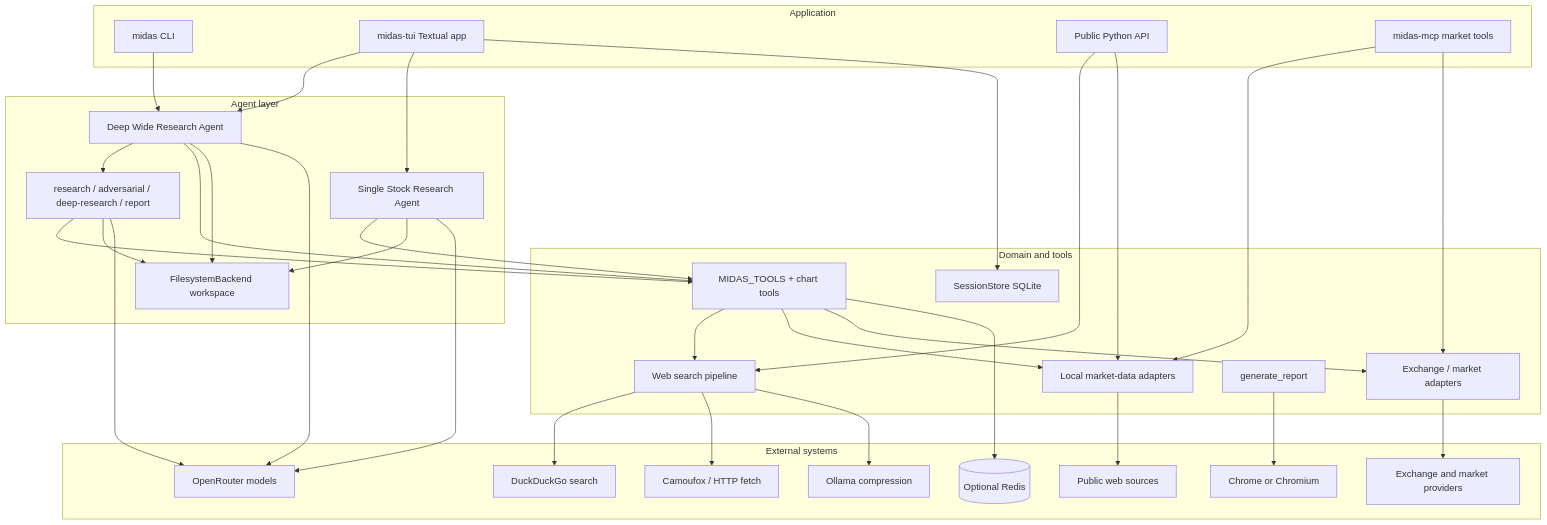
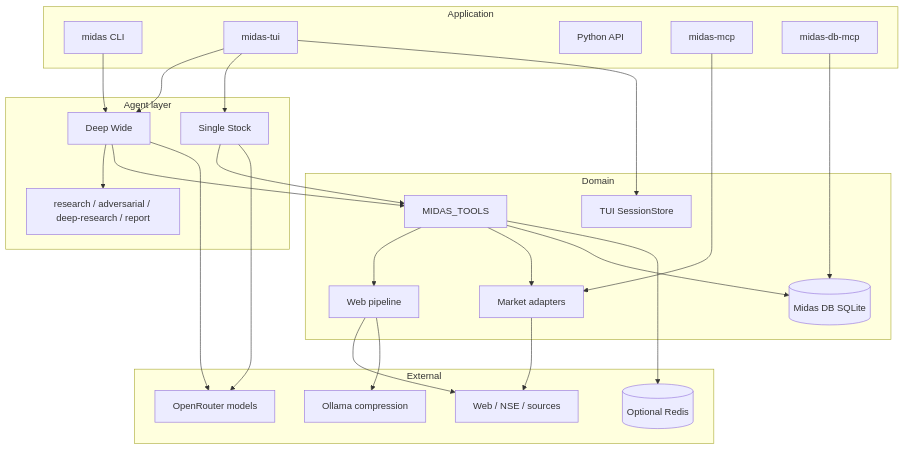
Before and after one commit to aneeshpatne/Midas: the second of 2 diagrams in README.md, drawn with Mermaid. The commit also changed other lines of this file, not shown here.

Commit message:
docs: enhance README with durable research output details and clarify agent roles

````diff
--- a/README.md
+++ b/README.md
@@ -99,65 +104,50 @@
 ```mermaid
 flowchart TB
-  subgraph presentation [Application]
+  subgraph apps [Application]
     CLI[midas CLI]
-    TUI[midas-tui Textual app]
-    LIB[Public Python API]
-    MCP[midas-mcp market tools]
+    TUI[midas-tui]
+    LIB[Python API]
+    MCPM[midas-mcp]
+    MCPD[midas-db-mcp]
   end
 
   subgraph agents [Agent layer]
-    LEAD[Deep Wide Research Agent]
-    STOCK[Single Stock Research Agent]
+    LEAD[Deep Wide]
+    STOCK[Single Stock]
     SUB[research / adversarial / deep-research / report]
-    FS[FilesystemBackend workspace]
   end
 
-  subgraph domain [Domain and tools]
-    TOOLS[MIDAS_TOOLS + chart tools]
-    PIPE[Web search pipeline]
-    MDA[Local market-data adapters]
-    MD[Exchange / market adapters]
-    REP[generate_report]
-    SESS[SessionStore SQLite]
+  subgraph core [Domain]
+    TOOLS[MIDAS_TOOLS]
+    DB[(Midas DB SQLite)]
+    PIPE[Web pipeline]
+    MKT[Market adapters]
+    SESS[TUI SessionStore]
   end
 
-  subgraph external [External systems]
-    DDGS[DuckDuckGo search]
-    CAM[Camoufox / HTTP fetch]
+  subgraph external [External]
+    OR[OpenRouter models]
     OLL[Ollama compression]
-    DS[OpenRouter models]
-    EXCH[Exchange and market providers]
-    WEB[Public web sources]
+    WEB[Web / NSE / sources]
     REDIS[(Optional Redis)]
-    CHROME[Chrome or Chromium]
   end
 
   CLI --> LEAD
   TUI --> LEAD
   TUI --> STOCK
   TUI --> SESS
-  LIB --> PIPE
-  LIB --> MDA
-  MCP --> MDA
-  MCP --> MD
+  MCPM --> MKT
+  MCPD --> DB
   LEAD --> SUB
   LEAD --> TOOLS
-  LEAD --> FS
   STOCK --> TOOLS
-  STOCK --> FS
-  SUB --> TOOLS
-  SUB --> FS
   TOOLS --> PIPE
-  TOOLS --> MDA
-  TOOLS --> MD
+  TOOLS --> MKT
+  TOOLS --> DB
   TOOLS --> REDIS
-  PIPE --> DDGS
-  PIPE --> CAM
+  PIPE --> WEB
+  MKT --> WEB
+  LEAD --> OR
+  STOCK --> OR
   PIPE --> OLL
-  MDA --> WEB
-  MD --> EXCH
-  LEAD --> DS
-  STOCK --> DS
-  SUB --> DS
-  REP --> CHROME
 ```
````
